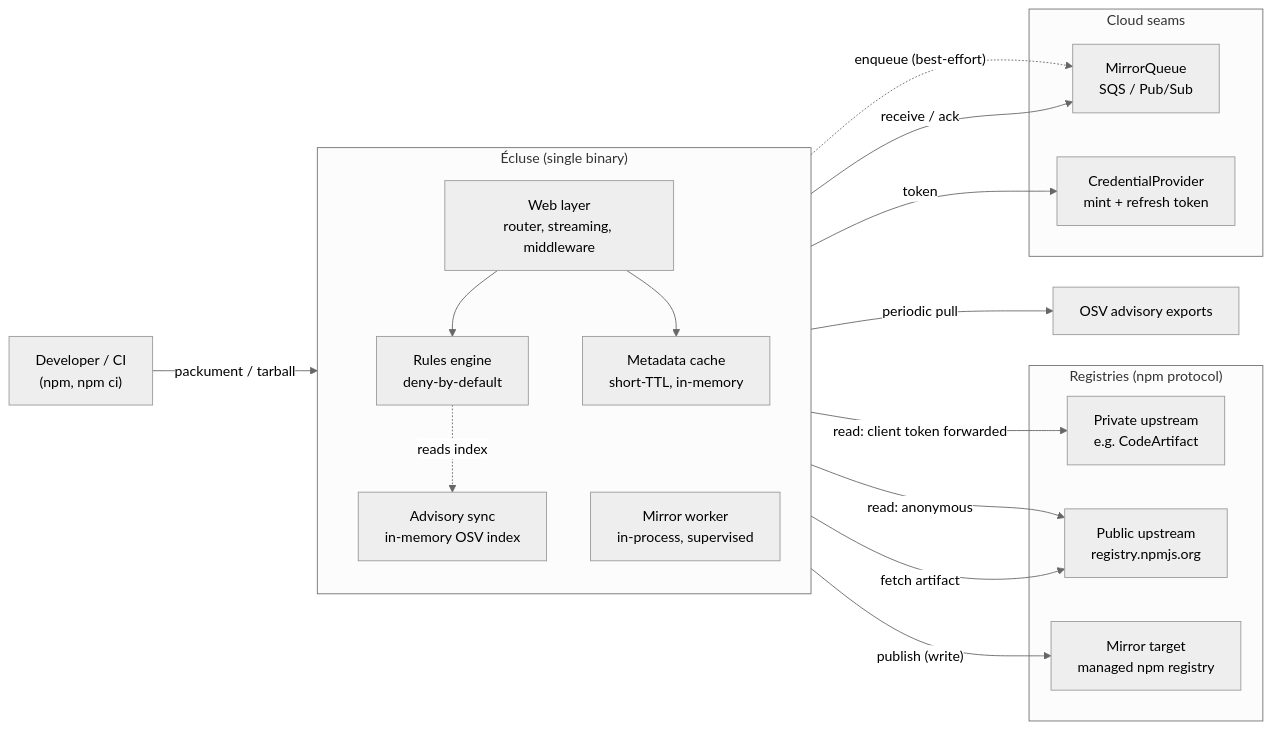
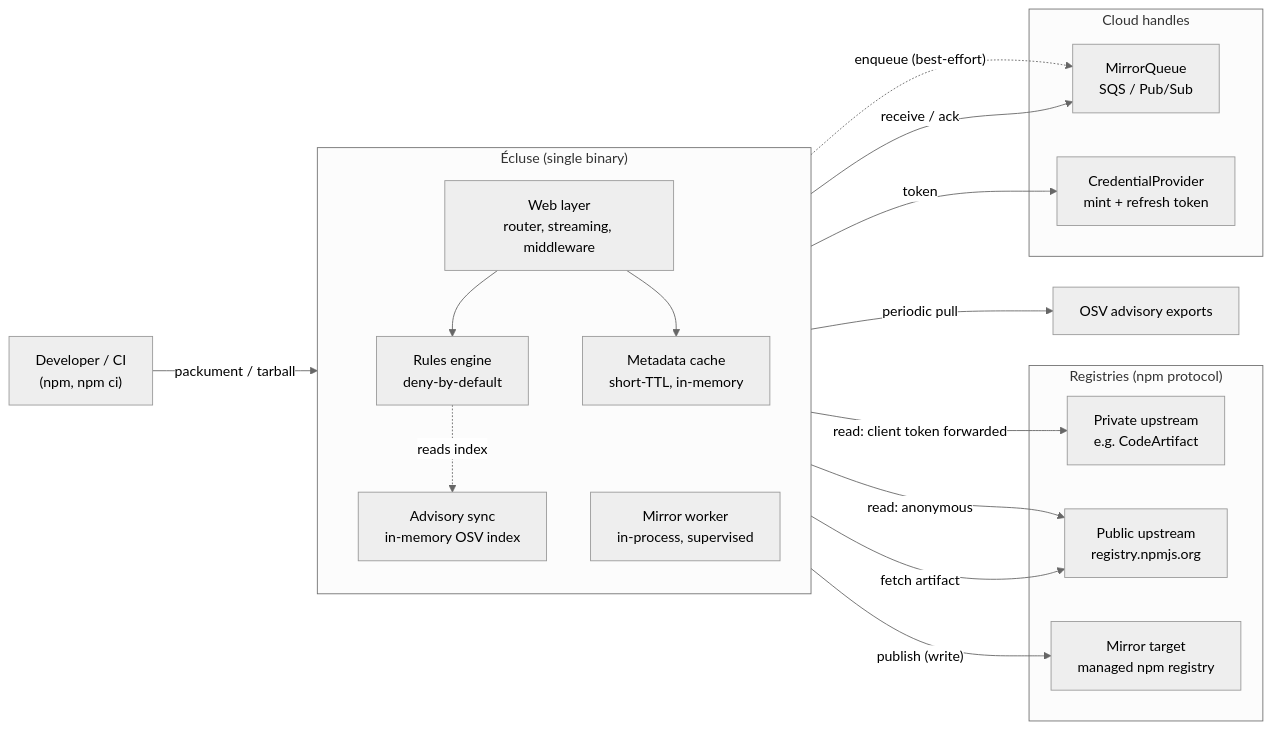
The first of 7 diagrams in docs/architecture/diagrams.md (AlexaDeWit/Ecluse), drawn with Mermaid (neutral theme) before and after one commit. The commit also changed other lines of this file and 68 other files, not shown here.

````diff
--- a/docs/architecture/diagrams.md
+++ b/docs/architecture/diagrams.md
@@ -34,39 +34,39 @@
 ```mermaid
 flowchart LR
     DEV["Developer / CI<br/>(npm, npm ci)"]
 
     subgraph ecluse["Écluse (single binary)"]
         direction TB
         WEB["Web layer<br/>router, streaming, middleware"]
         RULES["Rules engine<br/>deny-by-default"]
         CACHE["Metadata cache<br/>short-TTL, in-memory"]
         SYNC["Advisory sync<br/>in-memory OSV index"]
         WORKER["Mirror worker<br/>in-process, supervised"]
     end
 
     subgraph registries["Registries (npm protocol)"]
         PRIV["Private upstream<br/>e.g. CodeArtifact"]
         PUB["Public upstream<br/>registry.npmjs.org"]
         MIRROR["Mirror target<br/>managed npm registry"]
     end
 
-    subgraph seams["Cloud seams"]
+    subgraph handles["Cloud handles"]
         QUEUE["MirrorQueue<br/>SQS / Pub/Sub"]
         CRED["CredentialProvider<br/>mint + refresh token"]
     end
 
     OSV["OSV advisory exports"]
 
     DEV -->|"packument / tarball"| WEB
     WEB --> RULES
     WEB --> CACHE
     WEB -->|"read: client token forwarded"| PRIV
     WEB -->|"read: anonymous"| PUB
     WEB -.->|"enqueue (best-effort)"| QUEUE
     RULES -.->|"reads index"| SYNC
     SYNC -->|"periodic pull"| OSV
     WORKER -->|"receive / ack"| QUEUE
     WORKER -->|"fetch artifact"| PUB
     WORKER -->|"token"| CRED
     WORKER -->|"publish (write)"| MIRROR
 ```
````
